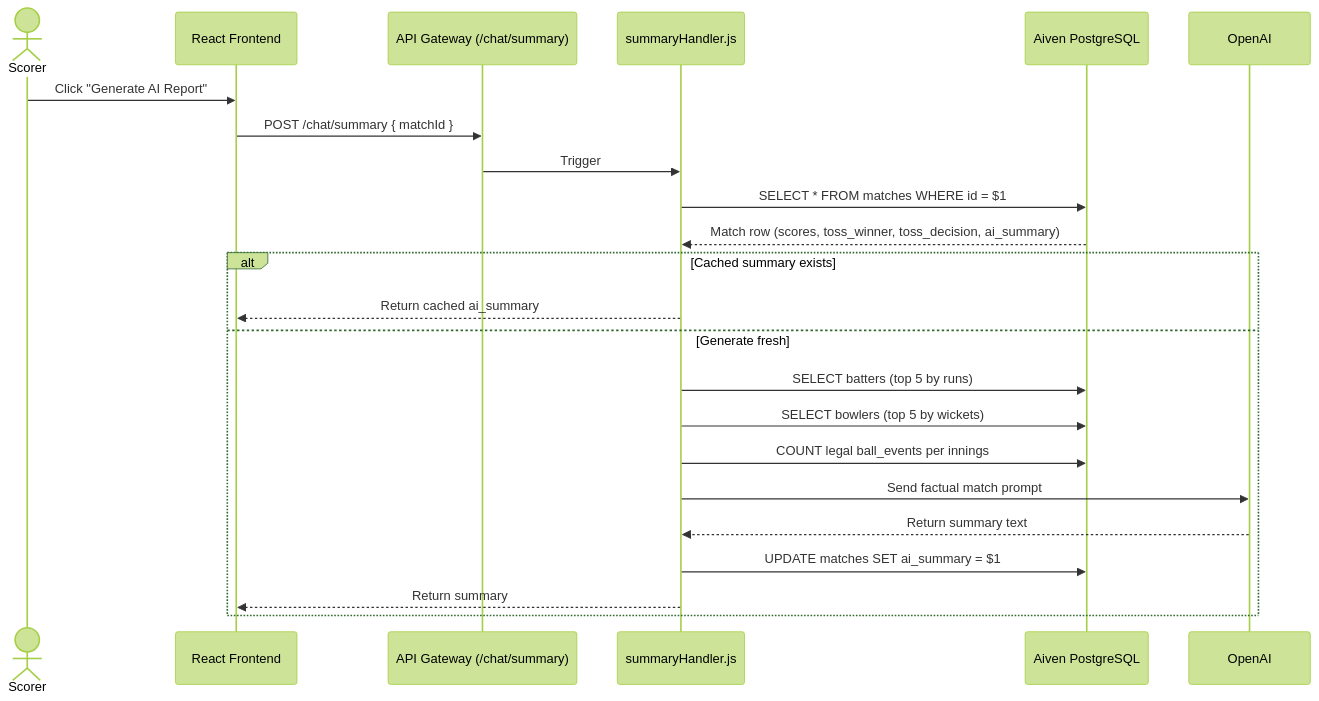
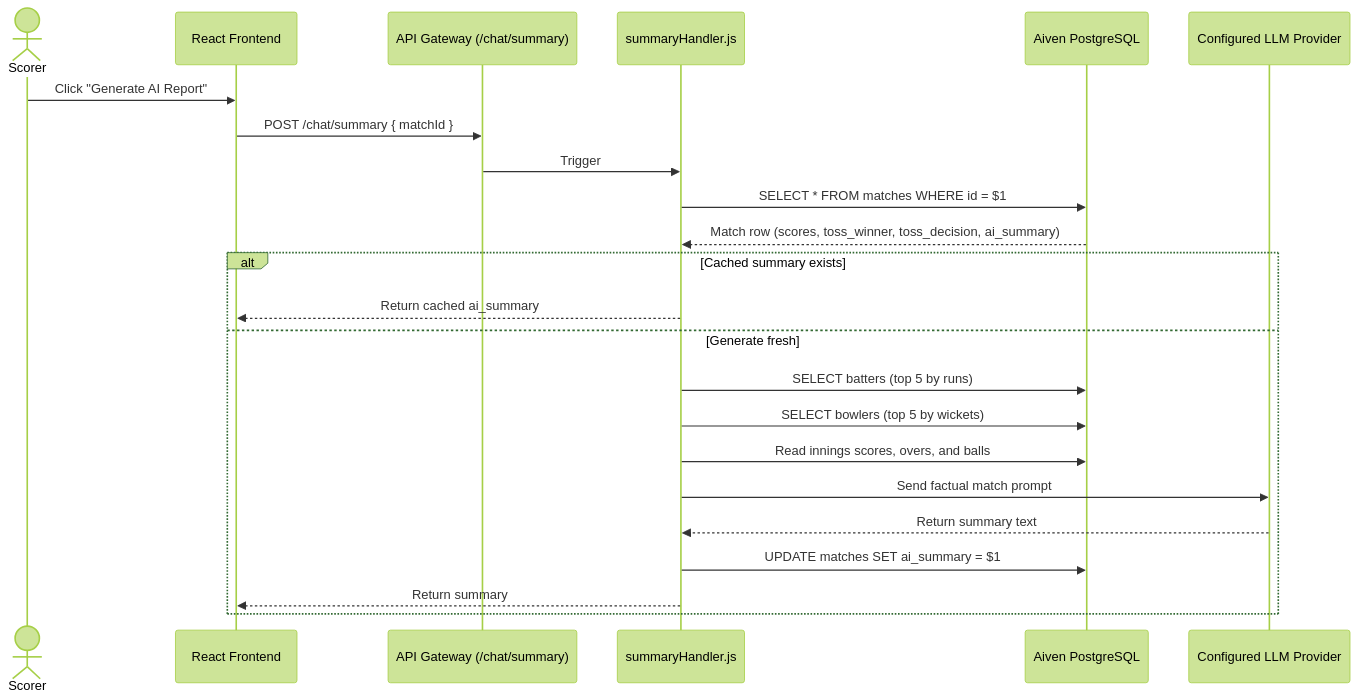
One commit to venkatesh-singamsetty/cricscore changed the second of 2 diagrams in docs/ai_architecture.md. Above: the diagram before and after it, drawn with Mermaid (forest theme). The commit also changed other lines of this file and 114 other files, not shown here.

````diff
--- a/docs/ai_architecture.md
+++ b/docs/ai_architecture.md
@@ -241,28 +221,28 @@
 ```mermaid
 sequenceDiagram
     actor Scorer
     participant Frontend as React Frontend
     participant APIGW as API Gateway (/chat/summary)
     participant SummaryHandler as summaryHandler.js
     participant DB as Aiven PostgreSQL
-    participant LLM as OpenAI
+    participant LLM as Configured LLM Provider
 
     Scorer->>Frontend: Click "Generate AI Report"
     Frontend->>APIGW: POST /chat/summary { matchId }
     APIGW->>SummaryHandler: Trigger
 
     SummaryHandler->>DB: SELECT * FROM matches WHERE id = $1
     DB-->>SummaryHandler: Match row (scores, toss_winner, toss_decision, ai_summary)
 
     alt Cached summary exists
         SummaryHandler-->>Frontend: Return cached ai_summary
     else Generate fresh
         SummaryHandler->>DB: SELECT batters (top 5 by runs)
         SummaryHandler->>DB: SELECT bowlers (top 5 by wickets)
-        SummaryHandler->>DB: COUNT legal ball_events per innings
+        SummaryHandler->>DB: Read innings scores, overs, and balls
         SummaryHandler->>LLM: Send factual match prompt
         LLM-->>SummaryHandler: Return summary text
         SummaryHandler->>DB: UPDATE matches SET ai_summary = $1
         SummaryHandler-->>Frontend: Return summary
     end
 ```
````
